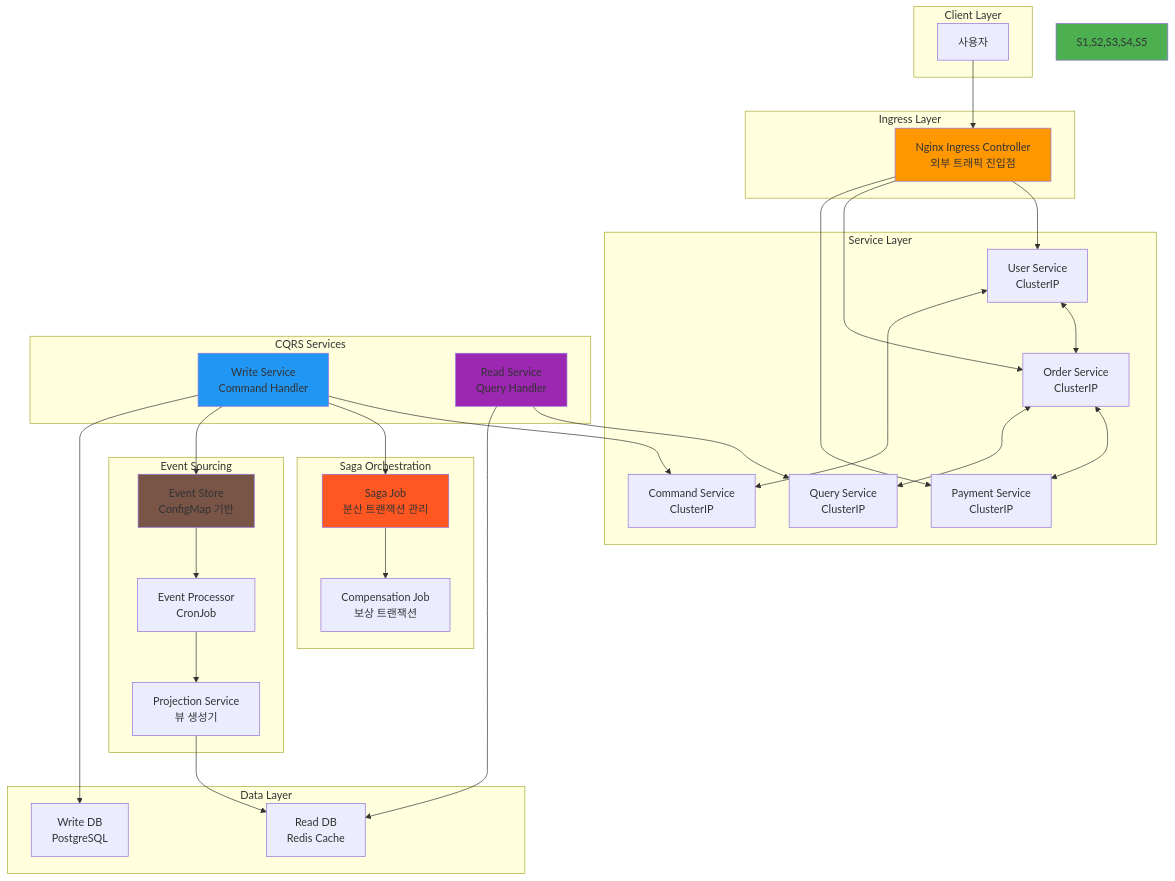
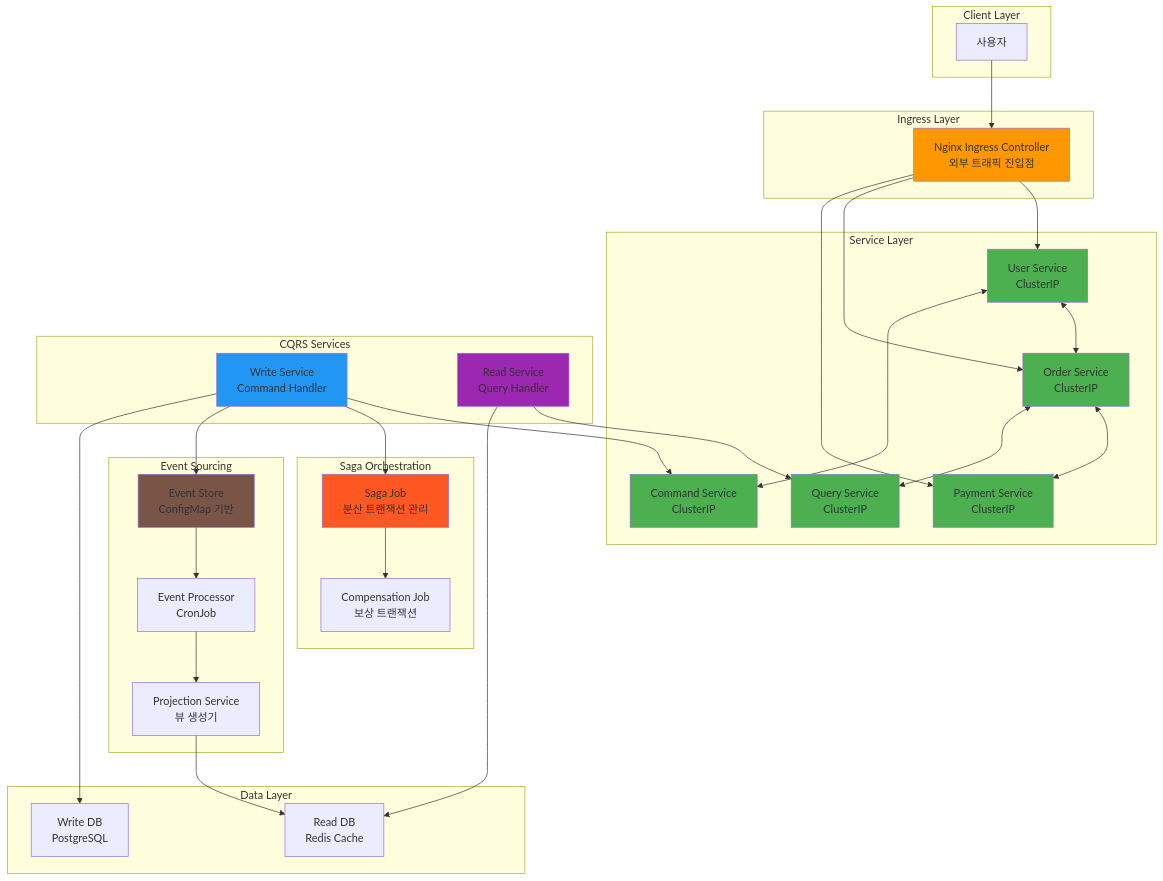
Before and after one commit to niceguy61/kdt_devops_lecture_2025: the first of 2 diagrams in theory/week_04/day1/handson_1.md, drawn with Mermaid. The commit also changed other lines of this file, not shown here.

Commit message:
w4d1h1 mermaid 수정

````diff
--- a/theory/week_04/day1/handson_1.md
+++ b/theory/week_04/day1/handson_1.md
@@ -44,67 +44,71 @@
 ```mermaid
 graph TB
     subgraph "Client Layer"
         U[사용자]
     end
     
     subgraph "Ingress Layer"
         ING[Nginx Ingress Controller<br/>외부 트래픽 진입점]
     end
     
     subgraph "Service Layer"
         S1[User Service<br/>ClusterIP]
         S2[Order Service<br/>ClusterIP]
         S3[Payment Service<br/>ClusterIP]
         S4[Command Service<br/>ClusterIP]
         S5[Query Service<br/>ClusterIP]
     end
     
     subgraph "CQRS Services"
         WS[Write Service<br/>Command Handler] --> S4
         RS[Read Service<br/>Query Handler] --> S5
     end
     
     subgraph "Saga Orchestration"
         SF[Saga Job<br/>분산 트랜잭션 관리]
         CS[Compensation Job<br/>보상 트랜잭션]
     end
     
     subgraph "Event Sourcing"
         ES[Event Store<br/>ConfigMap 기반]
         EP[Event Processor<br/>CronJob]
         PR[Projection Service<br/>뷰 생성기]
     end
     
     subgraph "Data Layer"
         WDB[Write DB<br/>PostgreSQL]
         RDB[Read DB<br/>Redis Cache]
     end
     
     U --> ING
     ING --> S1
     ING --> S2
     ING --> S3
     
     S1 <--> S2
     S2 <--> S3
     S1 <--> S4
     S2 <--> S5
     
     WS --> SF
     SF --> CS
     
     WS --> ES
     ES --> EP
     EP --> PR
     PR --> RDB
     
     WS --> WDB
     RS --> RDB
     
     style ING fill:#ff9800
-    style S1,S2,S3,S4,S5 fill:#4caf50
+    style S1 fill:#4caf50
+    style S2 fill:#4caf50
+    style S3 fill:#4caf50
+    style S4 fill:#4caf50
+    style S5 fill:#4caf50
     style WS fill:#2196f3
     style RS fill:#9c27b0
     style SF fill:#ff5722
     style ES fill:#795548
 ```
````
